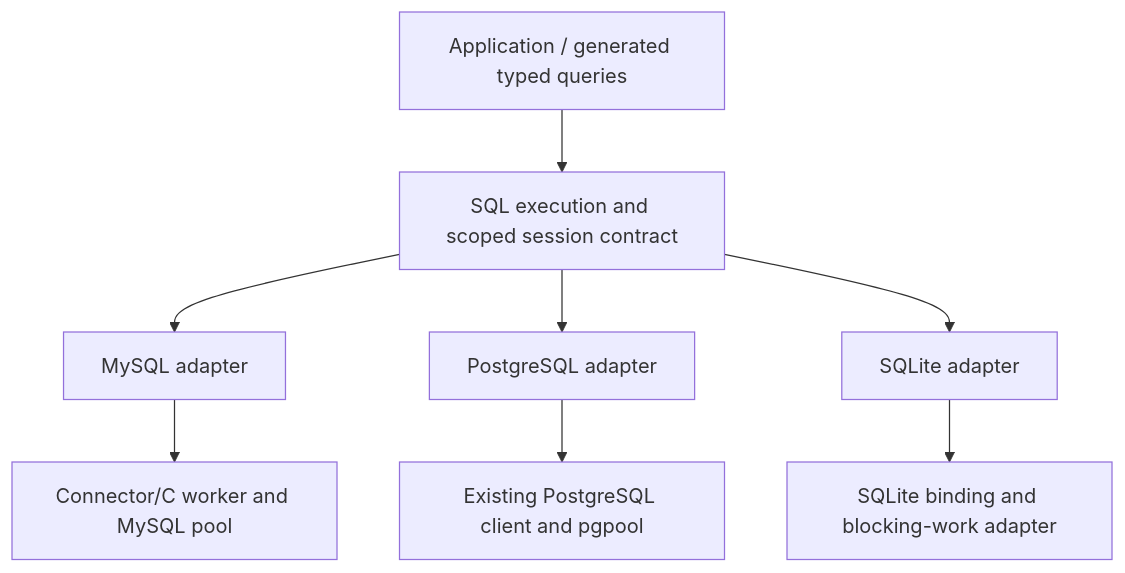
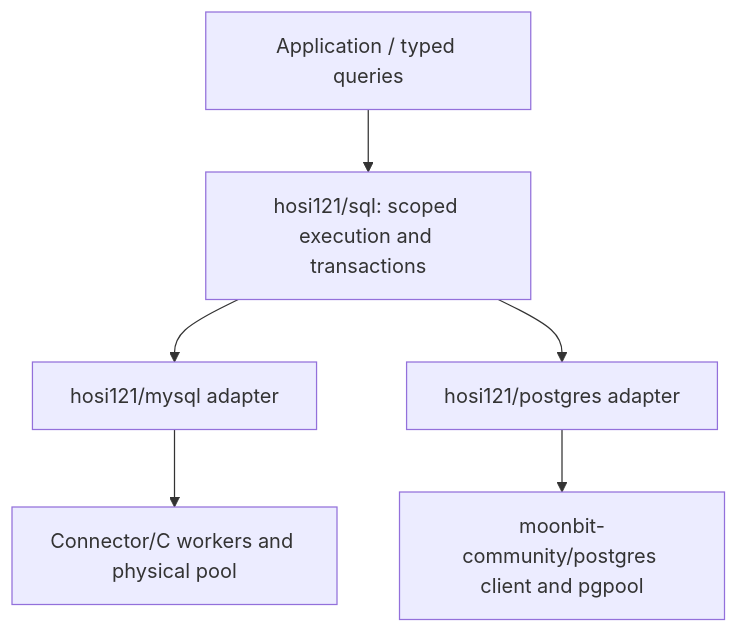
Before and after one commit to Hosi121/moonbit-sessions: the diagram in docs/database-abstraction.md, drawn with Mermaid. The commit also changed other lines of this file and 36 other files, not shown here.

Commit message:
feat(sql): share scoped sessions across MySQL and PostgreSQL

````diff
--- a/docs/database-abstraction.md
+++ b/docs/database-abstraction.md
@@ -38,10 +10,8 @@
 ```mermaid
 flowchart TD
-  A[Application / generated typed queries] --> B[SQL execution and scoped session contract]
-  B --> M[MySQL adapter]
-  B --> P[PostgreSQL adapter]
-  B --> S[SQLite adapter]
-  M --> MW[Connector/C worker and MySQL pool]
-  P --> PP[Existing PostgreSQL client and pgpool]
-  S --> SW[SQLite binding and blocking-work adapter]
+  A[Application / typed queries] --> S[hosi121/sql: scoped execution and transactions]
+  S --> M[hosi121/mysql adapter]
+  S --> P[hosi121/postgres adapter]
+  M --> W[Connector/C workers and physical pool]
+  P --> U[moonbit-community/postgres client and pgpool]
 ```
````
